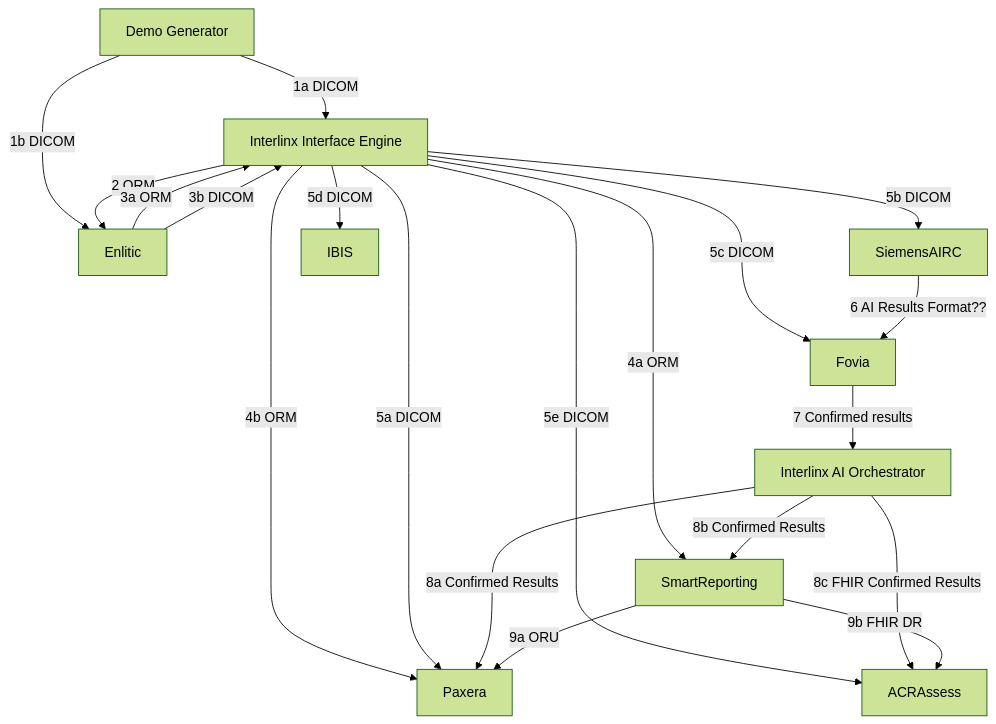
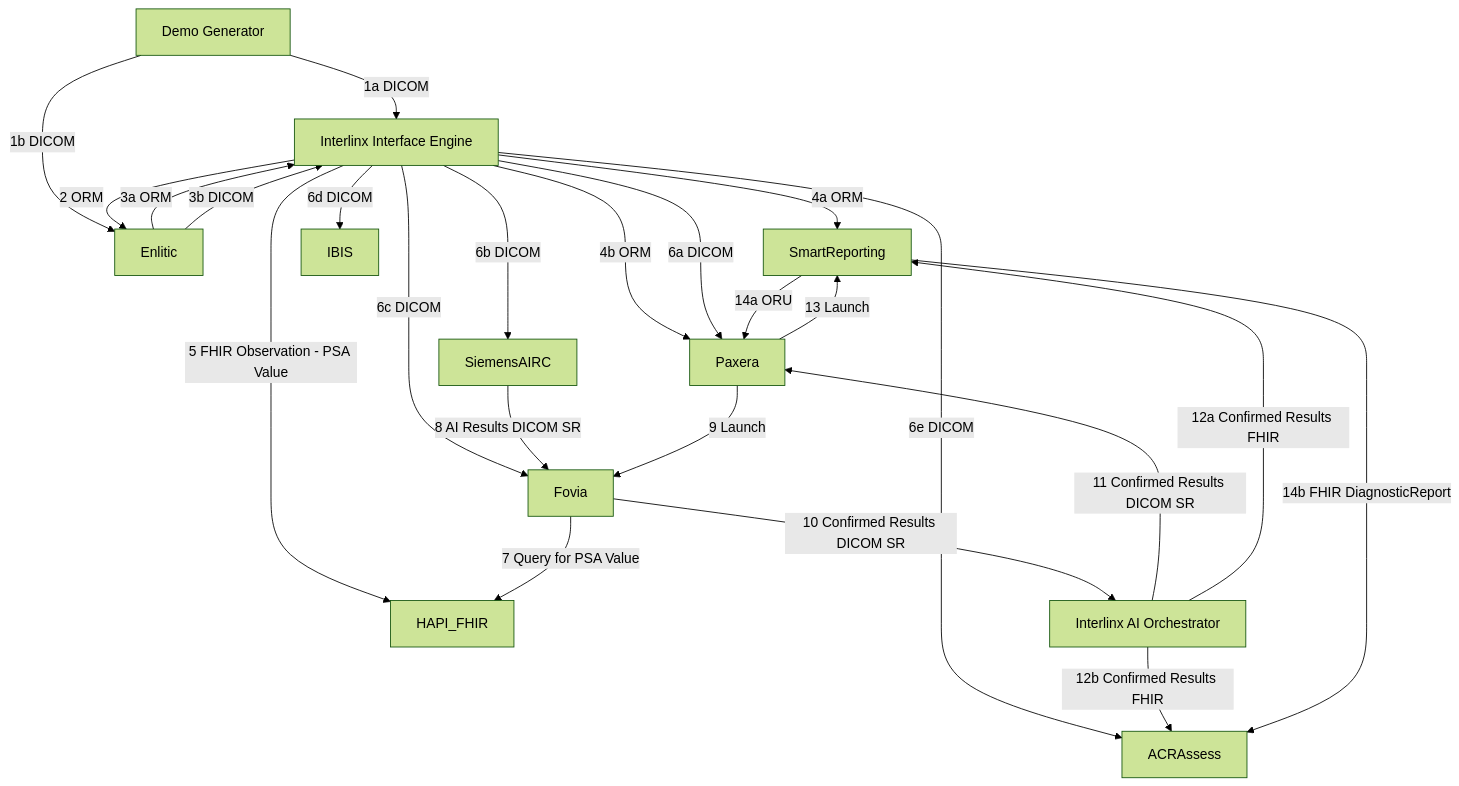
The diagram in ettinger/diagram-prostate-mr.md (mohannadhussain/rsna-2024-rr-demo), drawn with Mermaid (forest theme) before and after one commit.

````diff
--- a/ettinger/diagram-prostate-mr.md
+++ b/ettinger/diagram-prostate-mr.md
@@ -4,29 +4,38 @@
 ```mermaid
 flowchart TD
     Generator[Demo Generator] --> |1a DICOM| InterlinxIE[Interlinx Interface Engine]
     Generator[Demo Generator] --> |1b DICOM|Enlitic
 
     InterlinxIE --> |2 ORM| Enlitic
     Enlitic --> |3a ORM| InterlinxIE
     Enlitic --> |3b DICOM| InterlinxIE
 
     InterlinxIE --> |4a ORM| SmartReporting
     InterlinxIE --> |4b ORM| Paxera
 
-    InterlinxIE --> |5a DICOM| Paxera
-    InterlinxIE --> |5b DICOM| SiemensAIRC
-    InterlinxIE --> |5c DICOM| Fovia
-    InterlinxIE --> |5d DICOM| IBIS
-    InterlinxIE --> |5e DICOM| ACRAssess
+    InterlinxIE --> |5 FHIR Observation - PSA Value| HAPI_FHIR
+
+    InterlinxIE --> |6a DICOM| Paxera
+    InterlinxIE --> |6b DICOM| SiemensAIRC
+    InterlinxIE --> |6c DICOM| Fovia
+    InterlinxIE --> |6d DICOM| IBIS
+    InterlinxIE --> |6e DICOM| ACRAssess
+
+    Fovia --> |7 Query for PSA Value| HAPI_FHIR
     
-    SiemensAIRC --> |6 AI Results Format??| Fovia
+    SiemensAIRC --> |8 AI Results DICOM SR| Fovia
 
-    Fovia --> |7 Confirmed results| InterlinxAIO[Interlinx AI Orchestrator]
+    Paxera --> |9 Launch| Fovia
 
-    InterlinxAIO --> |8a Confirmed Results| Paxera
-    InterlinxAIO --> |8b Confirmed Results| SmartReporting
-    InterlinxAIO --> |8c FHIR Confirmed Results| ACRAssess
+    Fovia --> |10 Confirmed Results DICOM SR| InterlinxAIO[Interlinx AI Orchestrator]
 
-    SmartReporting --> |9a ORU| Paxera
-    SmartReporting --> |9b FHIR DR| ACRAssess
+    InterlinxAIO --> |11 Confirmed Results DICOM SR| Paxera
+    
+    InterlinxAIO --> |12a Confirmed Results FHIR| SmartReporting
+    InterlinxAIO --> |12b Confirmed Results FHIR| ACRAssess
+
+    Paxera --> |13 Launch| SmartReporting
+
+    SmartReporting --> |14a ORU| Paxera
+    SmartReporting --> |14b FHIR DiagnosticReport| ACRAssess
 ```
````
